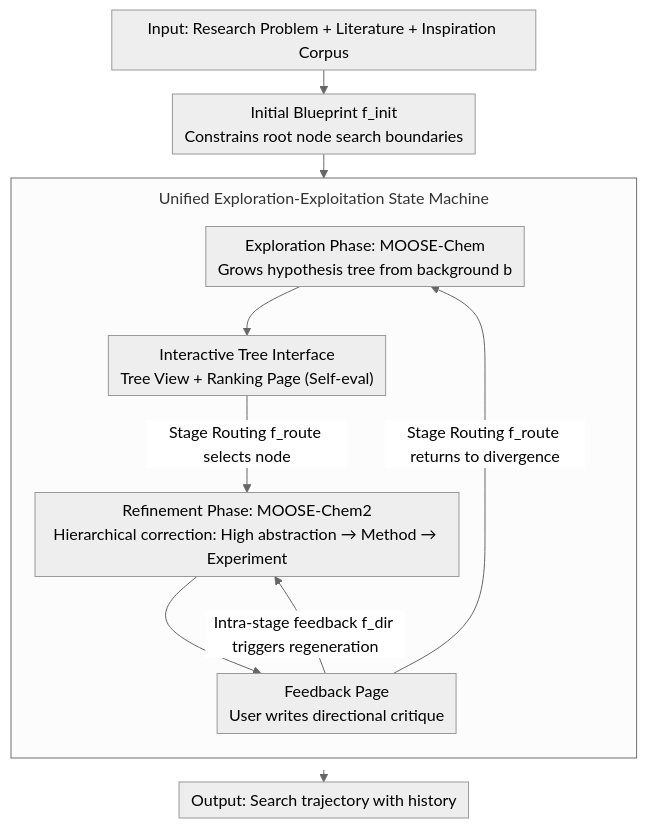
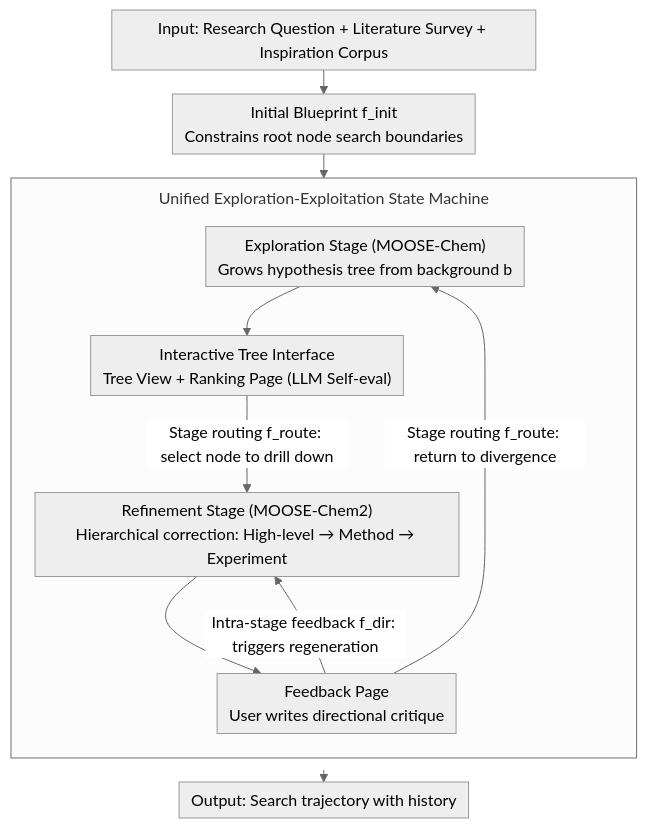
Before and after one commit to zhaoyang97/Paper-Notes-en: the diagram in docs/ACL2026/llm_agent/moose-copilot_a_web-based_interactive_assistant_for_unified_exploratory_and_fine.md, drawn with Mermaid (neutral theme). The commit also changed other lines of this file and 5084 other files, not shown here.

````diff
--- a/docs/ACL2026/llm_agent/moose-copilot_a_web-based_interactive_assistant_for_unified_exploratory_and_fine.md
+++ b/docs/ACL2026/llm_agent/moose-copilot_a_web-based_interactive_assistant_for_unified_exploratory_and_fine.md
@@ -45,19 +45,19 @@
 ```mermaid
 %%{init: {'flowchart': {'rankSpacing': 24, 'nodeSpacing': 28, 'padding': 6, 'wrappingWidth': 400, 'subGraphTitleMargin': {'top': 8, 'bottom': 16}}}}%%
 flowchart TD
-    A["Input: Research Problem + Literature + Inspiration Corpus"] --> B["Initial Blueprint f_init<br/>Constrains root node search boundaries"]
+    A["Input: Research Question + Literature Survey + Inspiration Corpus"] --> B["Initial Blueprint f_init<br/>Constrains root node search boundaries"]
     subgraph SM["Unified Exploration-Exploitation State Machine"]
         direction TB
-        C["Exploration Phase: MOOSE-Chem<br/>Grows hypothesis tree from background b"]
-        D["Interactive Tree Interface<br/>Tree View + Ranking Page (Self-eval)"]
-        E["Refinement Phase: MOOSE-Chem2<br/>Hierarchical correction: High abstraction → Method → Experiment"]
+        C["Exploration Stage (MOOSE-Chem)<br/>Grows hypothesis tree from background b"]
+        D["Interactive Tree Interface<br/>Tree View + Ranking Page (LLM Self-eval)"]
+        E["Refinement Stage (MOOSE-Chem2)<br/>Hierarchical correction: High-level → Method → Experiment"]
         F["Feedback Page<br/>User writes directional critique"]
         C --> D
-        D -->|Stage Routing f_route selects node| E
+        D -->|Stage routing f_route: select node to drill down| E
         E --> F
-        F -->|Intra-stage feedback f_dir triggers regeneration| E
-        F -->|Stage Routing f_route returns to divergence| C
+        F -->|Intra-stage feedback f_dir: triggers regeneration| E
+        F -->|Stage routing f_route: return to divergence| C
     end
     B --> C
     SM --> G["Output: Search trajectory with history"]
 ```
````
